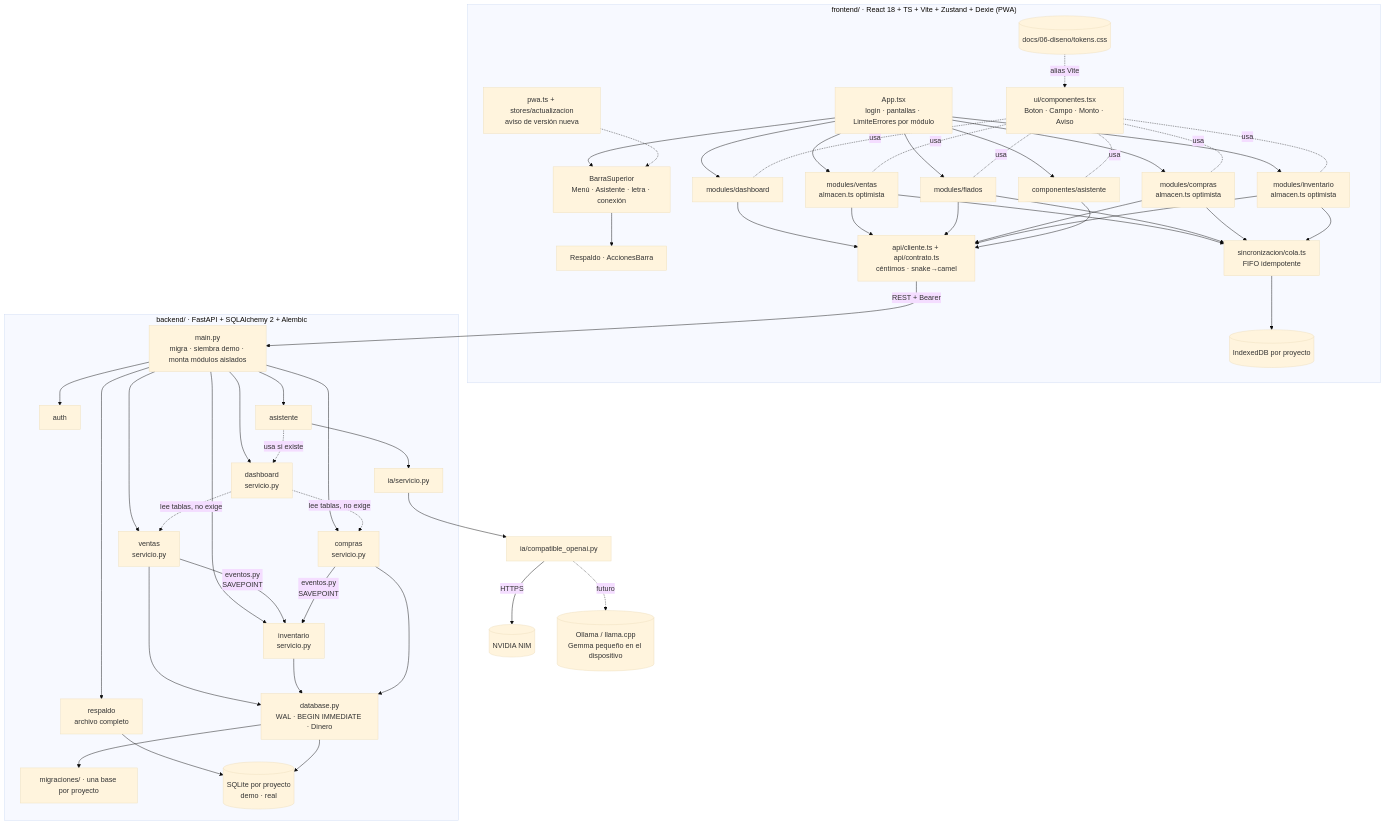
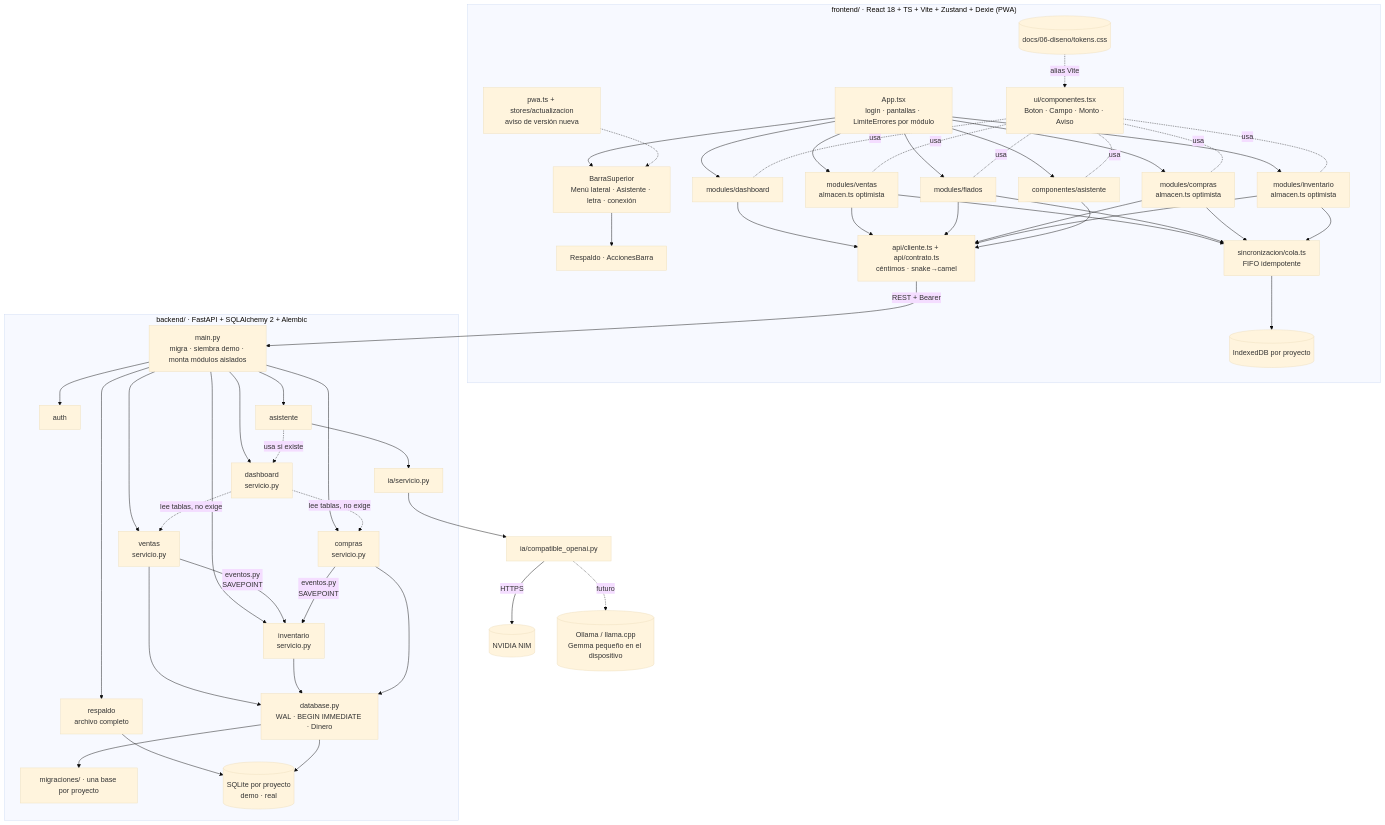
The first of 2 diagrams in .ai-context/02-arquitectura.md (JoseFM2808/Mi-puestito), drawn with Mermaid (base theme) before and after one commit. The commit also changed 4 other files, not shown here.

First line of the commit message:
Menú lateral

````diff
--- a/.ai-context/02-arquitectura.md
+++ b/.ai-context/02-arquitectura.md
@@ -19,42 +19,42 @@
 ```mermaid
 flowchart TB
     subgraph FE["frontend/ · React 18 + TS + Vite + Zustand + Dexie (PWA)"]
-        App[App.tsx<br/>login · pantallas · LimiteErrores por módulo] --> Barra[BarraSuperior<br/>Menú · Asistente · letra · conexión]
+        App[App.tsx<br/>login · pantallas · LimiteErrores por módulo] --> Barra[BarraSuperior<br/>Menú lateral · Asistente · letra · conexión]
         App --> Caja[modules/dashboard]
         App --> Ven[modules/ventas<br/>almacen.ts optimista]
         App --> Fia[modules/fiados]
         App --> Com[modules/compras<br/>almacen.ts optimista]
         App --> Inv[modules/inventario<br/>almacen.ts optimista]
         App --> Asis[componentes/asistente]
         Barra --> Res[Respaldo · AccionesBarra]
         Pwa[pwa.ts + stores/actualizacion<br/>aviso de versión nueva] -.-> Barra
         Ven & Fia & Com & Inv --> Cola[sincronizacion/cola.ts<br/>FIFO idempotente]
         Cola --> IDB[(IndexedDB por proyecto)]
         Caja & Ven & Fia & Com & Inv & Asis --> Api[api/cliente.ts + api/contrato.ts<br/>céntimos · snake→camel]
         UI[ui/componentes.tsx<br/>Boton · Campo · Monto · Aviso] -.usa.- Caja & Ven & Fia & Com & Inv & Asis
         Tokens[(docs/06-diseno/tokens.css)] -.alias Vite.-> UI
     end
 
     subgraph BE["backend/ · FastAPI + SQLAlchemy 2 + Alembic"]
         Main[main.py<br/>migra · siembra demo · monta módulos aislados] --> MAuth[auth]
         Main --> MDash[dashboard<br/>servicio.py]
         Main --> MVen[ventas<br/>servicio.py]
         Main --> MCom[compras<br/>servicio.py]
         Main --> MInv[inventario<br/>servicio.py]
         Main --> MAsi[asistente]
         Main --> MRes[respaldo<br/>archivo completo]
         MVen & MCom -- eventos.py<br/>SAVEPOINT --> MInv
         MDash -. lee tablas, no exige .-> MVen & MCom
         MAsi -. usa si existe .-> MDash
         MAsi --> IA[ia/servicio.py]
         MVen & MInv & MCom --> DB[database.py<br/>WAL · BEGIN IMMEDIATE · Dinero]
         DB --> Mig[migraciones/ · una base por proyecto]
         MRes --> SQL
     end
 
     Api -- REST + Bearer --> Main
     IA --> Prov[ia/compatible_openai.py]
     Prov -- HTTPS --> NIM[(NVIDIA NIM)]
     Prov -. futuro .-> Local[(Ollama / llama.cpp<br/>Gemma pequeño en el dispositivo)]
     DB --> SQL[(SQLite por proyecto<br/>demo · real)]
 ```
````
